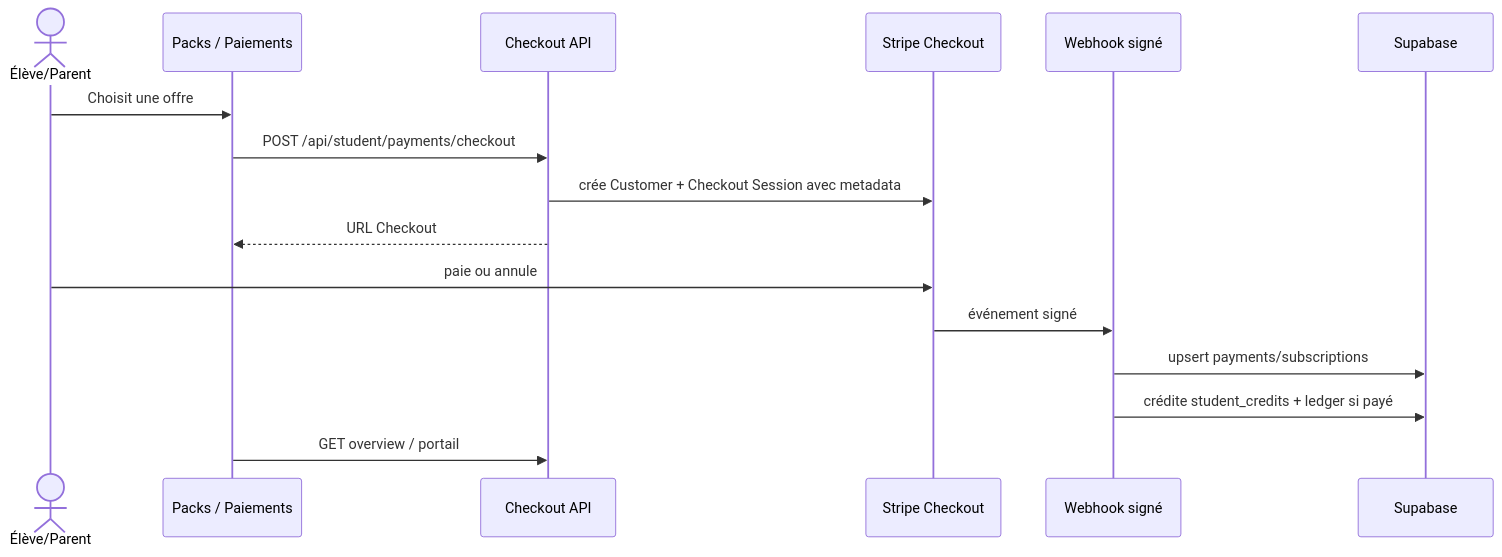
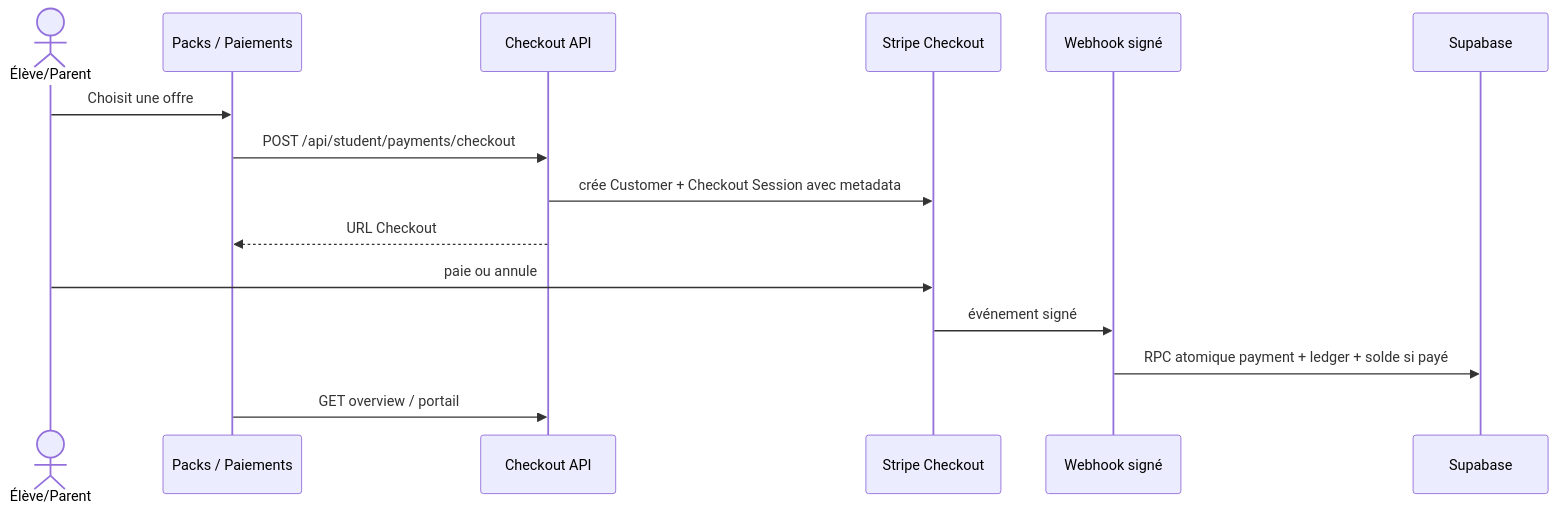
The first of 2 diagrams in docs/workflows/04-payments.md (LordVERTON/SIKASCHOOL-website), drawn with Mermaid before and after one commit. The commit also changed other lines of this file and 10 other files, not shown here.

````diff
--- a/docs/workflows/04-payments.md
+++ b/docs/workflows/04-payments.md
@@ -7,18 +7,17 @@
 ```mermaid
 sequenceDiagram
   actor S as Élève/Parent
   participant UI as Packs / Paiements
   participant API as Checkout API
   participant Stripe as Stripe Checkout
   participant WH as Webhook signé
   participant DB as Supabase
   S->>UI: Choisit une offre
   UI->>API: POST /api/student/payments/checkout
   API->>Stripe: crée Customer + Checkout Session avec metadata
   API-->>UI: URL Checkout
   S->>Stripe: paie ou annule
   Stripe->>WH: événement signé
-  WH->>DB: upsert payments/subscriptions
-  WH->>DB: crédite student_credits + ledger si payé
+  WH->>DB: RPC atomique payment + ledger + solde si payé
   UI->>API: GET overview / portail
 ```
````
